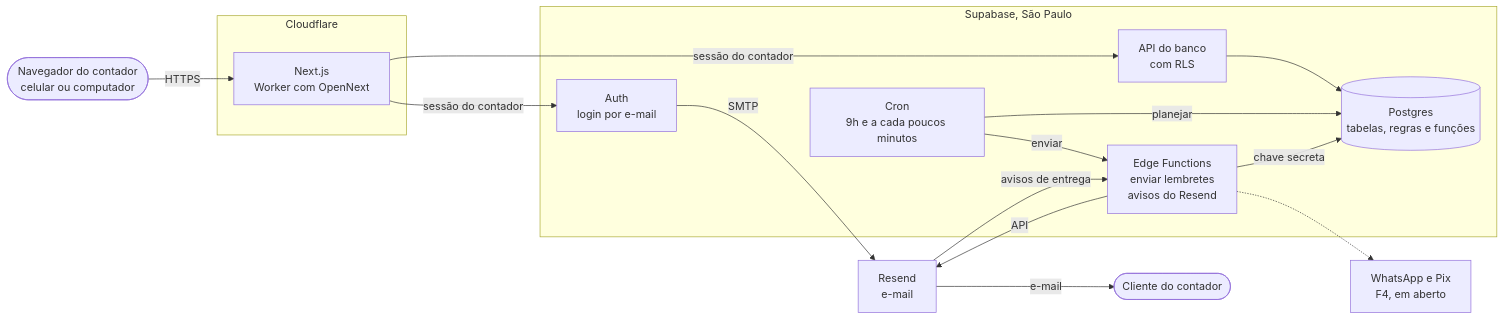
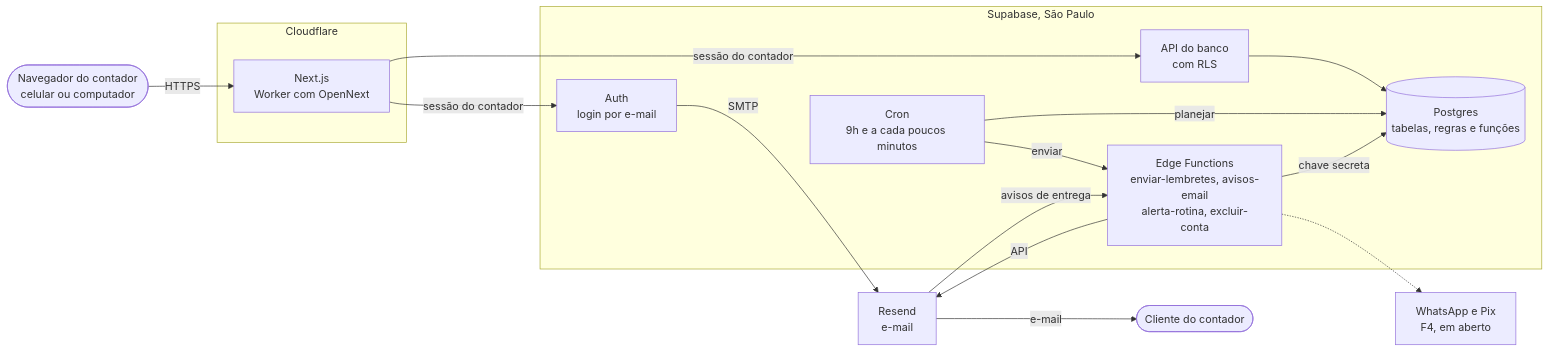
Before and after one commit to 77mdias/neximob: the first of 4 diagrams in docs/Arquitetura.md, drawn with Mermaid. The commit also changed other lines of this file and 30 other files, not shown here.

````diff
--- a/docs/Arquitetura.md
+++ b/docs/Arquitetura.md
@@ -42,33 +42,33 @@
 ```mermaid
 flowchart LR
     NAV(["Navegador do contador<br/>celular ou computador"])
     CLI(["Cliente do contador"])
 
     subgraph CF["Cloudflare"]
         WEB["Next.js<br/>Worker com OpenNext"]
     end
 
     subgraph SB["Supabase, São Paulo"]
         AUTH["Auth<br/>login por e-mail"]
         API["API do banco<br/>com RLS"]
         DB[("Postgres<br/>tabelas, regras e funções")]
         CRON["Cron<br/>9h e a cada poucos minutos"]
-        EF["Edge Functions<br/>enviar lembretes<br/>avisos do Resend"]
+        EF["Edge Functions<br/>enviar-lembretes, avisos-email<br/>alerta-rotina, excluir-conta"]
     end
 
     RES["Resend<br/>e-mail"]
     FUT["WhatsApp e Pix<br/>F4, em aberto"]
 
     NAV -- "HTTPS" --> WEB
     WEB -- "sessão do contador" --> AUTH
     WEB -- "sessão do contador" --> API
     API --> DB
     CRON -- "planejar" --> DB
     CRON -- "enviar" --> EF
     EF -- "chave secreta" --> DB
     EF -- "API" --> RES
     AUTH -- "SMTP" --> RES
     RES -- "e-mail" --> CLI
     RES -- "avisos de entrega" --> EF
     EF -.-> FUT
 ```
````
